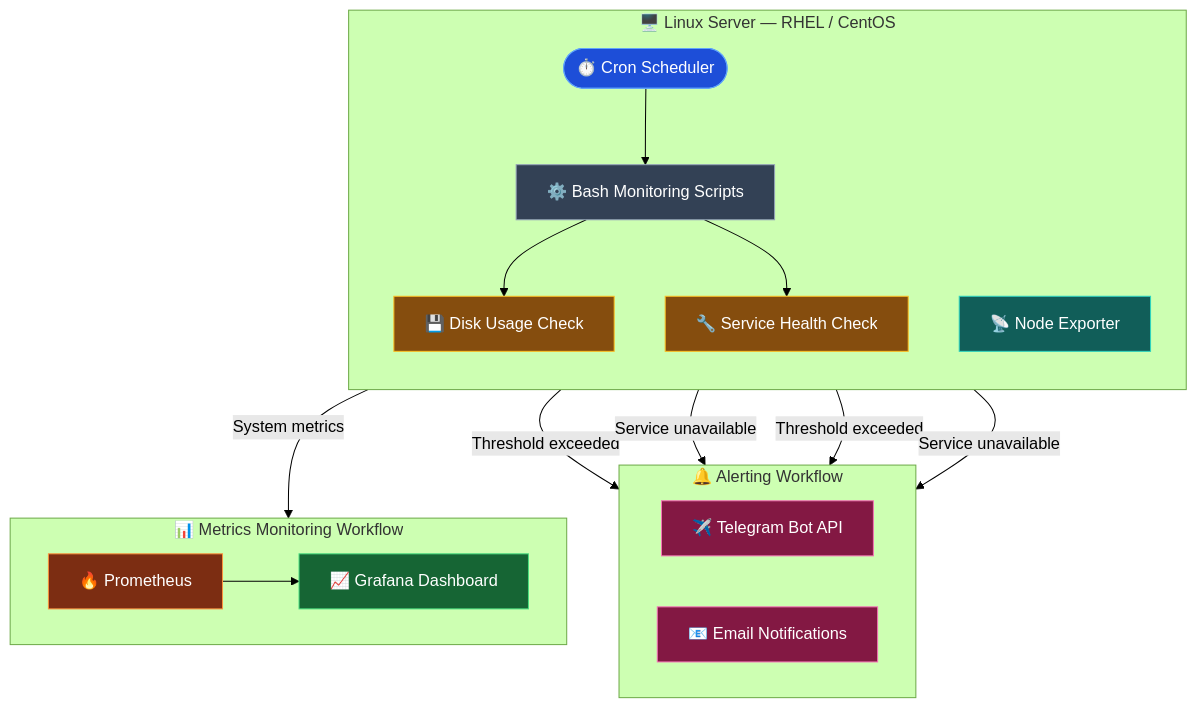
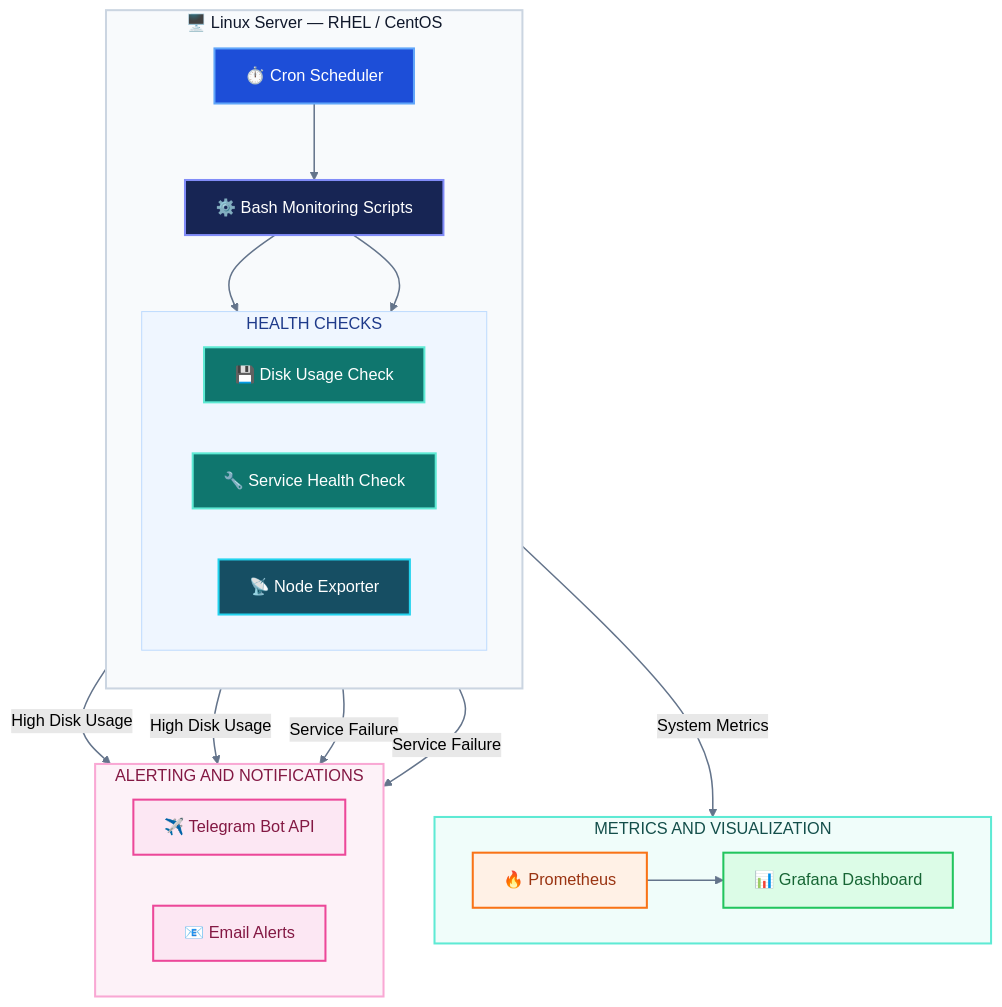
Before and after one commit to SAI-GODGE/Self-Healing-Linux-Server-Monitoring-Alerting-System: the diagram in README.md, drawn with Mermaid (forest theme).

````diff
--- a/README.md
+++ b/README.md
@@ -61,51 +61,64 @@
 ```mermaid
 flowchart TB
+
     subgraph SERVER["🖥️ Linux Server — RHEL / CentOS"]
         direction TB
-        CRON(["⏱️ Cron Scheduler"])
-        SCRIPTS["⚙️ Bash Monitoring Scripts"]
-        DISK["💾 Disk Usage Check"]
-        SERVICE["🔧 Service Health Check"]
-        NODE["📡 Node Exporter"]
 
-        CRON --> SCRIPTS
-        SCRIPTS --> DISK
-        SCRIPTS --> SERVICE
+        CRON["⏱️ Cron Scheduler"]
+        BASH["⚙️ Bash Monitoring Scripts"]
+
+        subgraph CHECKS["HEALTH CHECKS"]
+            direction LR
+            DISK["💾 Disk Usage Check"]
+            SERVICE["🔧 Service Health Check"]
+            NODE["📡 Node Exporter"]
+        end
+
+        CRON --> BASH
+        BASH --> DISK
+        BASH --> SERVICE
     end
 
-    subgraph NOTIFY["🔔 Alerting Workflow"]
-        direction LR
-        TELEGRAM["✈️ Telegram Bot API"]
-        EMAIL["📧 Email Notifications"]
-    end
-
-    subgraph MONITOR["📊 Metrics Monitoring Workflow"]
+    subgraph OBSERVABILITY["METRICS AND VISUALIZATION"]
         direction LR
         PROM["🔥 Prometheus"]
-        GRAFANA["📈 Grafana Dashboard"]
+        GRAFANA["📊 Grafana Dashboard"]
         PROM --> GRAFANA
     end
 
-    DISK -->|"Threshold exceeded"| TELEGRAM
-    SERVICE -->|"Service unavailable"| TELEGRAM
-    DISK -->|"Threshold exceeded"| EMAIL
-    SERVICE -->|"Service unavailable"| EMAIL
+    subgraph ALERTS["ALERTING AND NOTIFICATIONS"]
+        direction LR
+        TELEGRAM["✈️ Telegram Bot API"]
+        EMAIL["📧 Email Alerts"]
+    end
 
-    NODE -->|"System metrics"| PROM
+    NODE -->|"System Metrics"| PROM
 
-    classDef scheduler fill:#1D4ED8,stroke:#60A5FA,color:#FFFFFF
-    classDef scripts fill:#334155,stroke:#94A3B8,color:#FFFFFF
-    classDef checks fill:#854D0E,stroke:#FBBF24,color:#FFFFFF
-    classDef exporter fill:#115E59,stroke:#2DD4BF,color:#FFFFFF
-    classDef alerts fill:#831843,stroke:#F472B6,color:#FFFFFF
-    classDef monitoring fill:#7C2D12,stroke:#FB923C,color:#FFFFFF
-    classDef dashboard fill:#166534,stroke:#4ADE80,color:#FFFFFF
+    DISK -->|"High Disk Usage"| TELEGRAM
+    DISK -->|"High Disk Usage"| EMAIL
+    SERVICE -->|"Service Failure"| TELEGRAM
+    SERVICE -->|"Service Failure"| EMAIL
+
+    classDef scheduler fill:#1D4ED8,stroke:#60A5FA,color:#FFFFFF,stroke-width:2px
+    classDef engine fill:#172554,stroke:#818CF8,color:#FFFFFF,stroke-width:2px
+    classDef checks fill:#0F766E,stroke:#5EEAD4,color:#FFFFFF,stroke-width:2px
+    classDef exporter fill:#164E63,stroke:#22D3EE,color:#FFFFFF,stroke-width:2px
+    classDef prometheus fill:#FFF1E6,stroke:#F97316,color:#9A3412,stroke-width:2px
+    classDef grafana fill:#DCFCE7,stroke:#22C55E,color:#166534,stroke-width:2px
+    classDef alerts fill:#FCE7F3,stroke:#EC4899,color:#831843,stroke-width:2px
 
     class CRON scheduler
-    class SCRIPTS scripts
+    class BASH engine
     class DISK,SERVICE checks
     class NODE exporter
+    class PROM prometheus
+    class GRAFANA grafana
     class TELEGRAM,EMAIL alerts
-    class PROM monitoring
-    class GRAFANA dashboard
+
+    style SERVER fill:#F8FAFC,stroke:#CBD5E1,color:#0F172A,stroke-width:2px
+    style CHECKS fill:#EFF6FF,stroke:#BFDBFE,color:#1E3A8A,stroke-width:1px
+    style OBSERVABILITY fill:#F0FDFA,stroke:#5EEAD4,color:#134E4A,stroke-width:2px
+    style ALERTS fill:#FDF2F8,stroke:#F9A8D4,color:#831843,stroke-width:2px
+
+    linkStyle default stroke:#64748B,stroke-width:1.5px
 ```
````
